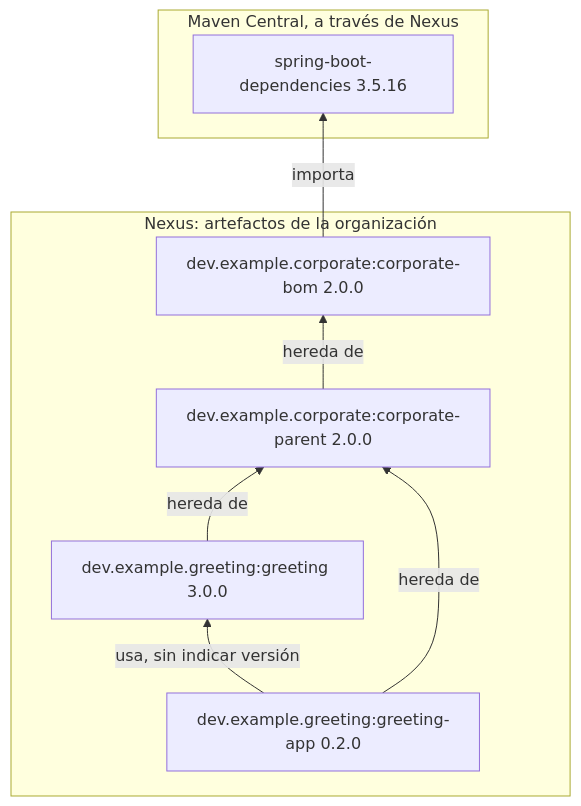
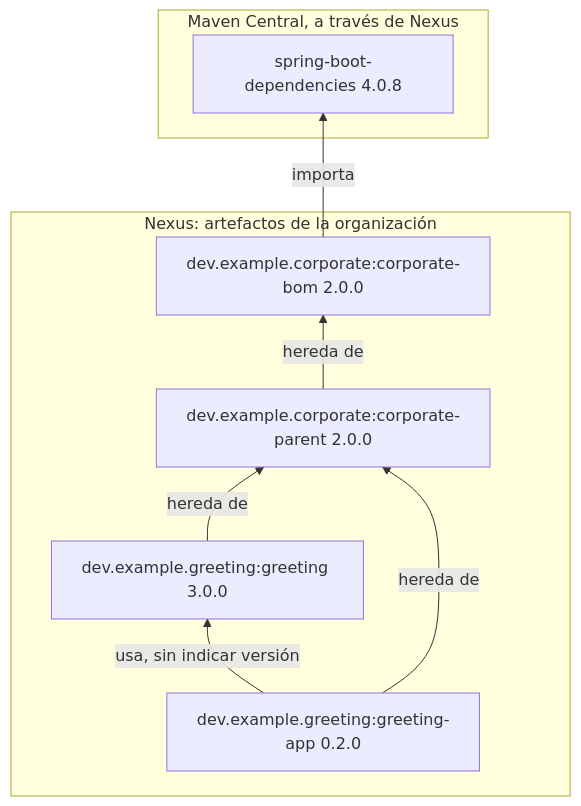
One commit to IAAA-Lab/maven-corporate-pom changed the first of 4 diagrams in README.md. Above: the diagram before and after it, drawn with Mermaid. The commit also changed other lines of this file and 2 other files, not shown here.

First line of the commit message:
feat(bom)!: upgrade Spring Boot to 4.0.8

````diff
--- a/README.md
+++ b/README.md
@@ -72,18 +72,18 @@
 ```mermaid
 flowchart BT
     subgraph external["Maven Central, a través de Nexus"]
-        bootBom["spring-boot-dependencies 3.5.16"]
+        bootBom["spring-boot-dependencies 4.0.8"]
     end
     subgraph internal["Nexus: artefactos de la organización"]
         bom["dev.example.corporate:corporate-bom 2.0.0"]
         parent["dev.example.corporate:corporate-parent 2.0.0"]
         library["dev.example.greeting:greeting 3.0.0"]
         app["dev.example.greeting:greeting-app 0.2.0"]
     end
 
     bom -->|"importa"| bootBom
     parent -->|"hereda de"| bom
     library -->|"hereda de"| parent
     app -->|"hereda de"| parent
     app -->|"usa, sin indicar versión"| library
 ```
````
